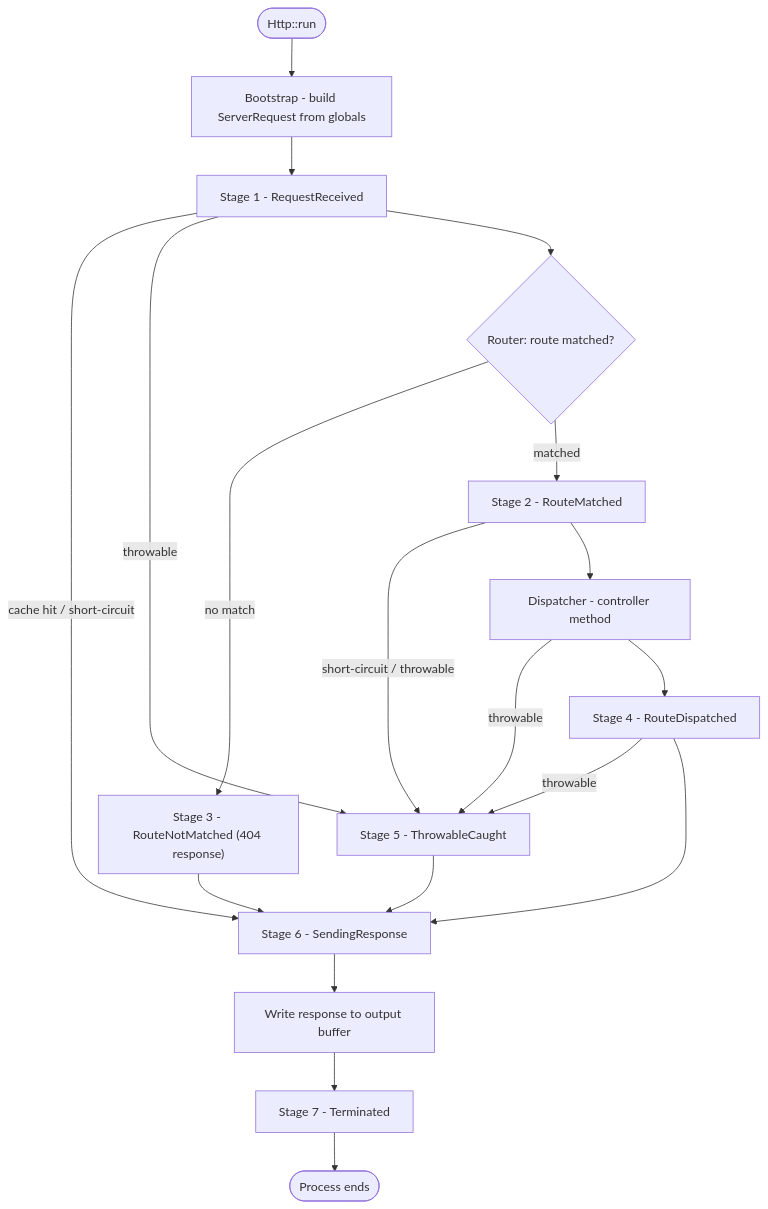
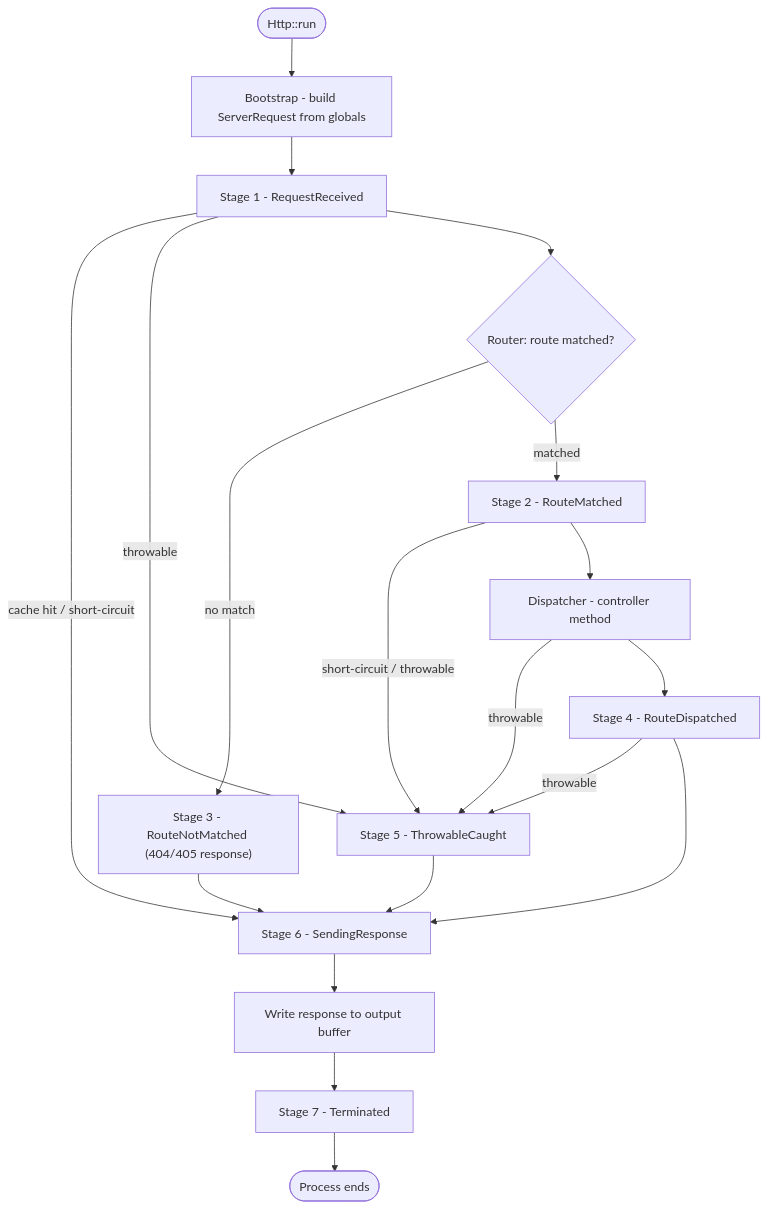
Before and after one commit to valkyrjaio/valkyrja: the diagram in src/Valkyrja/Http/README.md, drawn with Mermaid.

Commit message:
[Documentation] Fix docs.

````diff
--- a/src/Valkyrja/Http/README.md
+++ b/src/Valkyrja/Http/README.md
@@ -786,21 +786,21 @@
 ```mermaid
 flowchart TD
     A([Http::run]) --> B[Bootstrap - build ServerRequest from globals]
     B --> C[Stage 1 - RequestReceived]
     C -->|"cache hit / short-circuit"| G[Stage 6 - SendingResponse]
     C -->|throwable| J[Stage 5 - ThrowableCaught]
     C --> D{"Router: route matched?"}
-    D -->|"no match"| E["Stage 3 - RouteNotMatched (404 response)"]
+    D -->|"no match"| E["Stage 3 - RouteNotMatched (404/405 response)"]
     D -->|matched| F[Stage 2 - RouteMatched]
     E --> G
     F -->|"short-circuit / throwable"| J
     F --> H[Dispatcher - controller method]
     H -->|throwable| J
     H --> I[Stage 4 - RouteDispatched]
     I -->|throwable| J
     I --> G
     J --> G
     G --> K[Write response to output buffer]
     K --> L[Stage 7 - Terminated]
     L --> M([Process ends])
 ```
````
